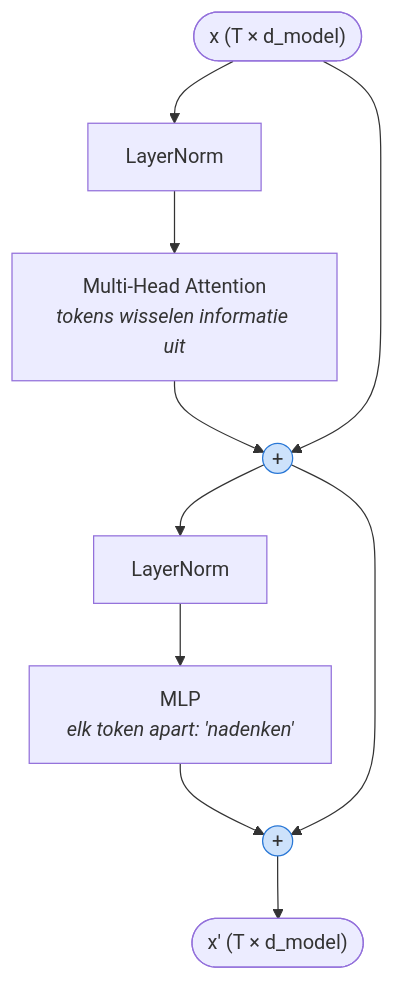
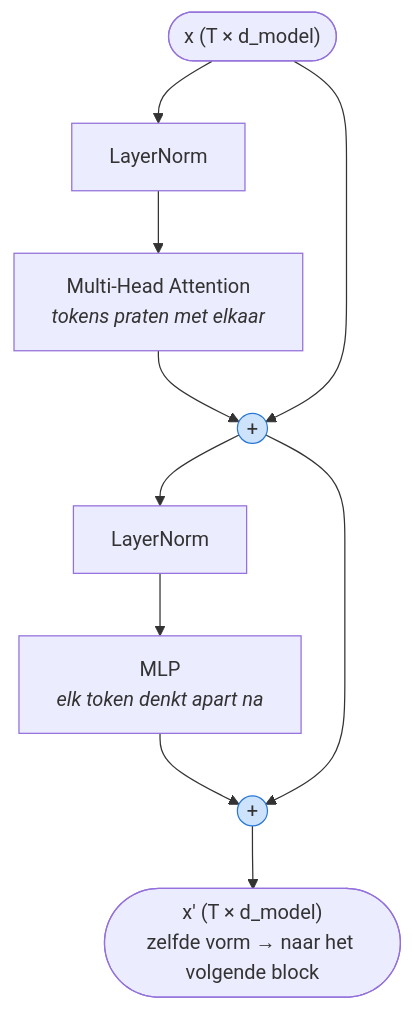
One commit to jeroenderuijter2002/Self-learning-AI changed the first of 2 diagrams in modules/01-transformers/notes/1.3-transformer-block.md. Above: the diagram before and after it, drawn with Mermaid. The commit also changed other lines of this file and 21 other files, not shown here.

````diff
--- a/modules/01-transformers/notes/1.3-transformer-block.md
+++ b/modules/01-transformers/notes/1.3-transformer-block.md
@@ -9,14 +19,14 @@
 ```mermaid
 flowchart TB
     xin(["x (T × d_model)"]) --> ln1["LayerNorm"]
-    ln1 --> attn["Multi-Head Attention<br/><i>tokens wisselen informatie uit</i>"]
+    ln1 --> attn["Multi-Head Attention<br/><i>tokens praten met elkaar</i>"]
     attn --> add1(("+"))
     xin --> add1
     add1 --> ln2["LayerNorm"]
-    ln2 --> mlp["MLP<br/><i>elk token apart: 'nadenken'</i>"]
+    ln2 --> mlp["MLP<br/><i>elk token denkt apart na</i>"]
     mlp --> add2(("+"))
     add1 --> add2
-    add2 --> xout(["x' (T × d_model)"])
+    add2 --> xout(["x' (T × d_model)<br/>zelfde vorm → naar het volgende block"])
     style add1 fill:#cde2fb,stroke:#2a78d6
     style add2 fill:#cde2fb,stroke:#2a78d6
 ```
````
